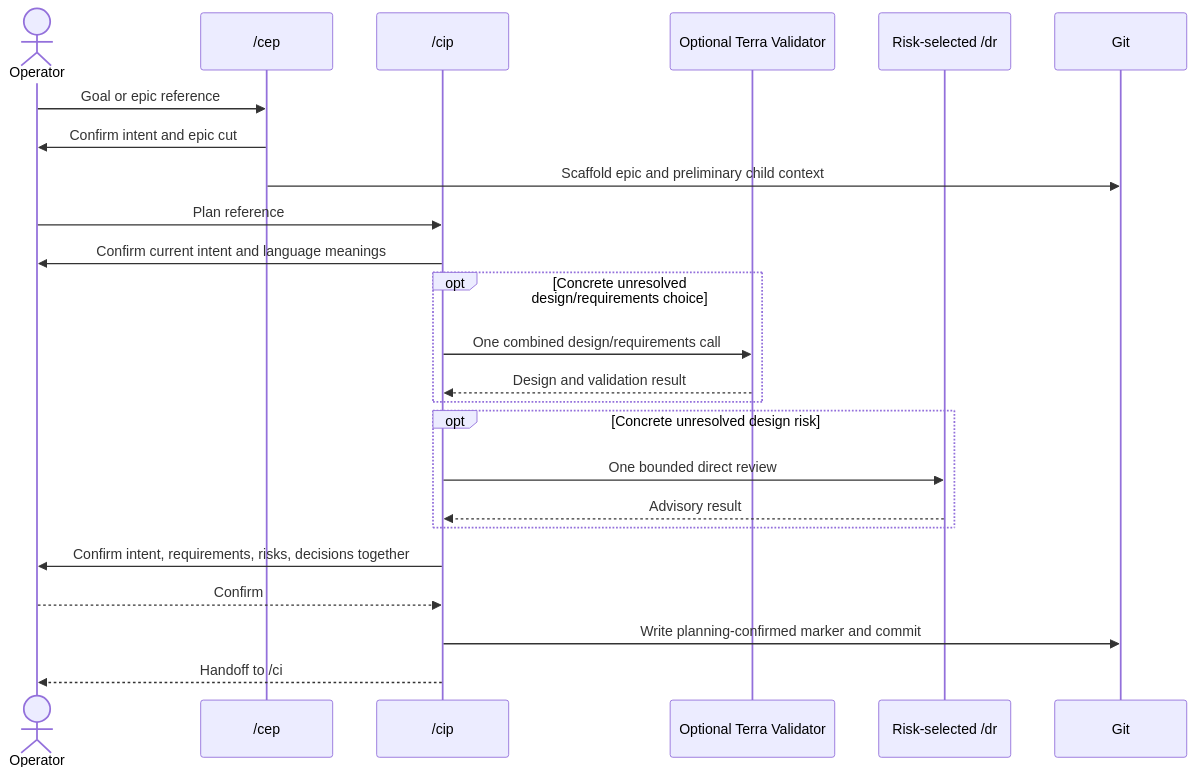
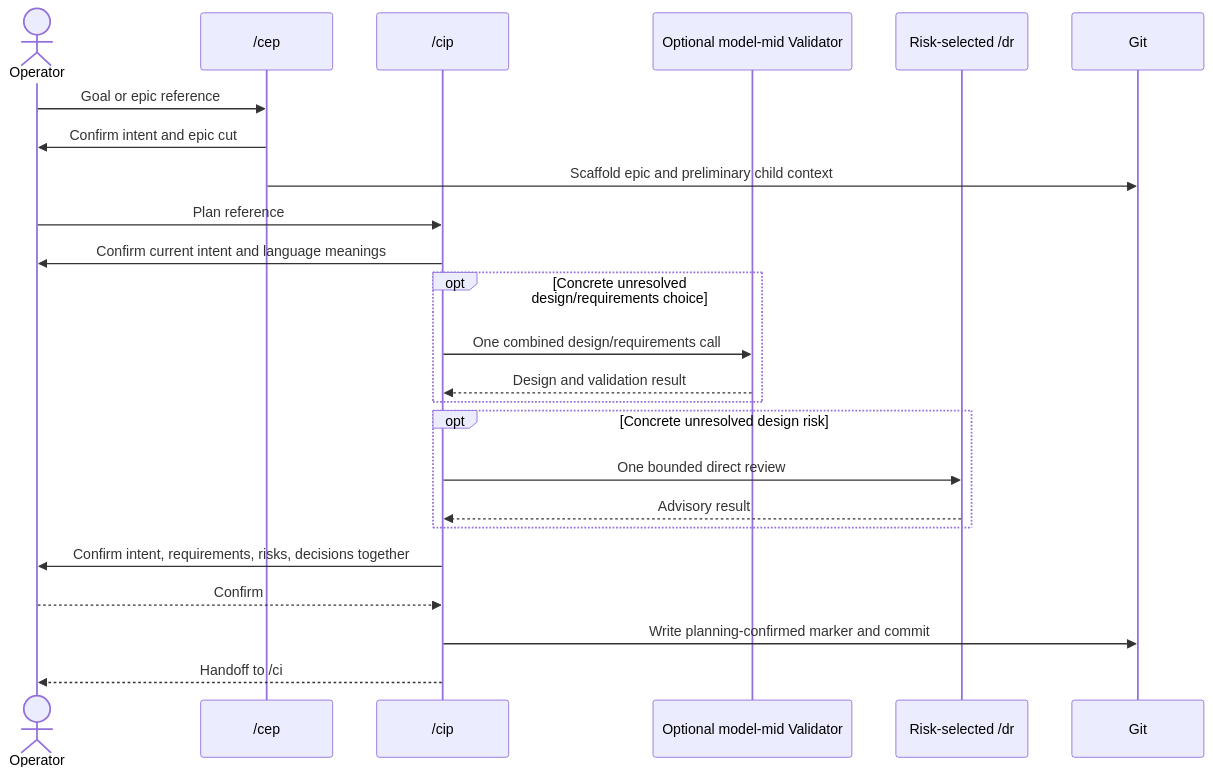
Before and after one commit to jIRI-san/skalary: the first of 2 diagrams in docs/operator-guide/planning.md, drawn with Mermaid. The commit also changed other lines of this file and 84 other files, not shown here.

````diff
--- a/docs/operator-guide/planning.md
+++ b/docs/operator-guide/planning.md
@@ -8,26 +8,26 @@
 ```mermaid
 sequenceDiagram
     actor Operator
     participant CEP as /cep
     participant CIP as /cip
-    participant Native as Optional Terra Validator
+    participant Native as Optional model-mid Validator
     participant DR as Risk-selected /dr
     participant Git
     Operator->>CEP: Goal or epic reference
     CEP->>Operator: Confirm intent and epic cut
     CEP->>Git: Scaffold epic and preliminary child context
     Operator->>CIP: Plan reference
     CIP->>Operator: Confirm current intent and language meanings
     opt Concrete unresolved design/requirements choice
         CIP->>Native: One combined design/requirements call
         Native-->>CIP: Design and validation result
     end
     opt Concrete unresolved design risk
         CIP->>DR: One bounded direct review
         DR-->>CIP: Advisory result
     end
     CIP->>Operator: Confirm intent, requirements, risks, decisions together
     Operator-->>CIP: Confirm
     CIP->>Git: Write planning-confirmed marker and commit
     CIP-->>Operator: Handoff to /ci
 ```
````
